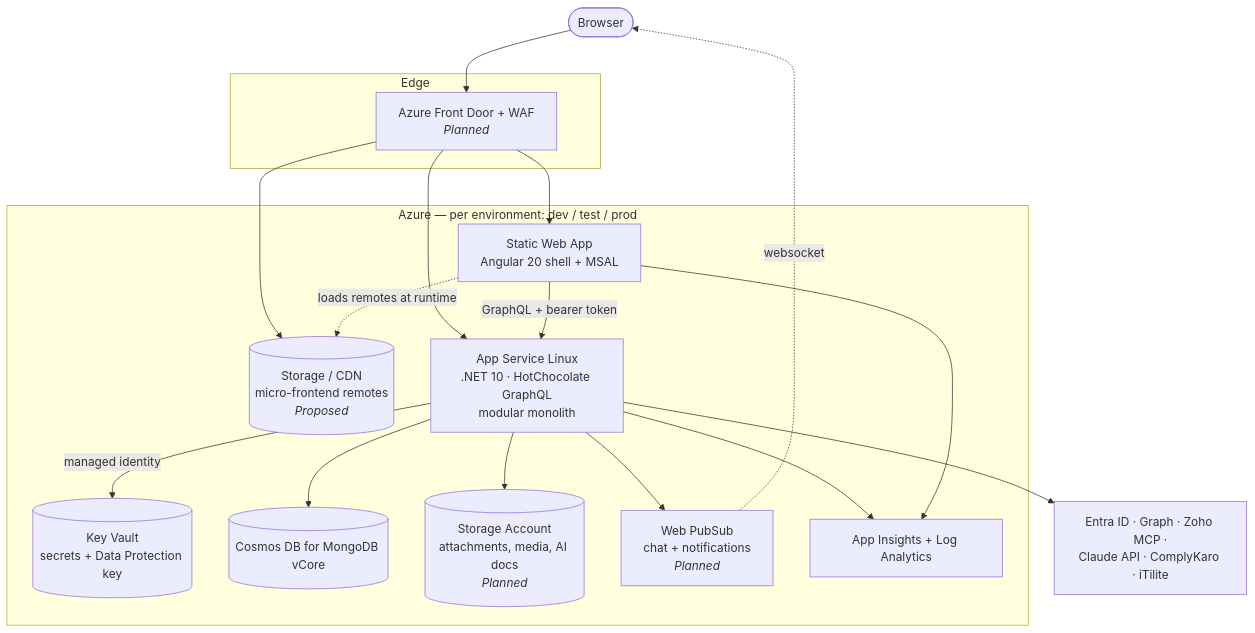
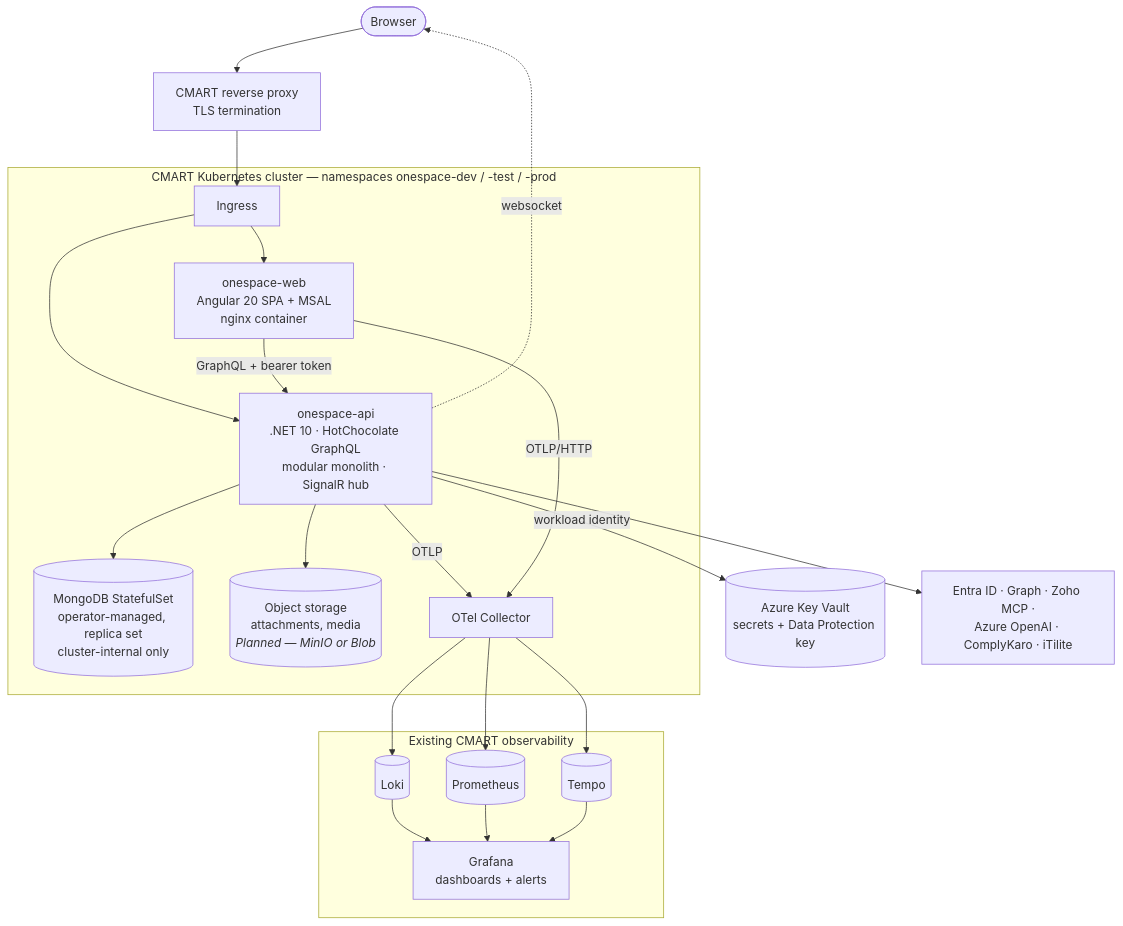
One commit to sumanpulavarthy/OneSpace changed the second of 7 diagrams in docs/architecture/OneSpace_Enterprise_Architecture.md. Above: the diagram before and after it, drawn with Mermaid. The commit also changed other lines of this file and 5 other files, not shown here.

First line of the commit message:
Architecture v0.2: apply Rahul's review comments

````diff
--- a/docs/architecture/OneSpace_Enterprise_Architecture.md
+++ b/docs/architecture/OneSpace_Enterprise_Architecture.md
@@ -70,35 +85,38 @@
 ```mermaid
 flowchart TB
     user([Browser])
+    proxy[CMART reverse proxy<br/>TLS termination]
 
-    subgraph Edge
-        afd[Azure Front Door + WAF<br/><i>Planned</i>]
+    subgraph K8s[CMART Kubernetes cluster — namespaces onespace-dev / -test / -prod]
+        ing[Ingress]
+        web[onespace-web<br/>Angular 20 SPA + MSAL<br/>nginx container]
+        api[onespace-api<br/>.NET 10 · HotChocolate GraphQL<br/>modular monolith · SignalR hub]
+        db[(MongoDB StatefulSet<br/>operator-managed, replica set<br/>cluster-internal only)]
+        obj[(Object storage<br/>attachments, media<br/><i>Planned — MinIO or Blob</i>)]
+        otel[OTel Collector]
     end
 
-    subgraph Azure[Azure — per environment: dev / test / prod]
-        swa[Static Web App<br/>Angular 20 shell + MSAL]
-        mfe[(Storage / CDN<br/>micro-frontend remotes<br/><i>Proposed</i>)]
-        api[App Service Linux<br/>.NET 10 · HotChocolate GraphQL<br/>modular monolith]
-        kv[(Key Vault<br/>secrets + Data Protection key)]
-        db[(Cosmos DB for MongoDB vCore)]
-        blob[(Storage Account<br/>attachments, media, AI docs<br/><i>Planned</i>)]
-        pubsub[Web PubSub<br/>chat + notifications<br/><i>Planned</i>]
-        ai[App Insights + Log Analytics]
+    subgraph Obs[Existing CMART observability]
+        loki[(Loki)]
+        prom[(Prometheus)]
+        tempo[(Tempo)]
+        graf[Grafana<br/>dashboards + alerts]
     end
 
-    ext[Entra ID · Graph · Zoho MCP ·<br/>Claude API · ComplyKaro · iTilite]
+    kv[(Azure Key Vault<br/>secrets + Data Protection key)]
+    ext[Entra ID · Graph · Zoho MCP ·<br/>Azure OpenAI · ComplyKaro · iTilite]
 
-    user --> afd --> swa
-    afd --> mfe
-    swa -. loads remotes at runtime .-> mfe
-    afd --> api
-    swa -- GraphQL + bearer token --> api
-    api -- managed identity --> kv
+    user --> proxy --> ing
+    ing --> web
+    ing --> api
+    web -- GraphQL + bearer token --> api
+    api -. websocket .-> user
     api --> db
-    api --> blob
-    api --> pubsub
-    pubsub -. websocket .-> user
-    api --> ai
-    swa --> ai
+    api --> obj
+    api -- workload identity --> kv
     api --> ext
+    api -- OTLP --> otel
+    web -- OTLP/HTTP --> otel
+    otel --> loki & prom & tempo
+    loki & prom & tempo --> graf
 ```
````
